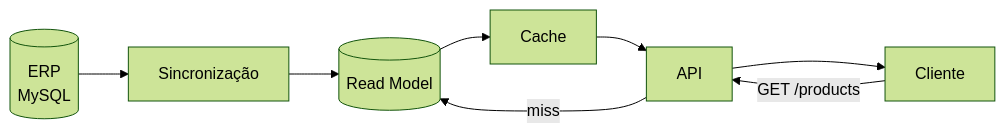
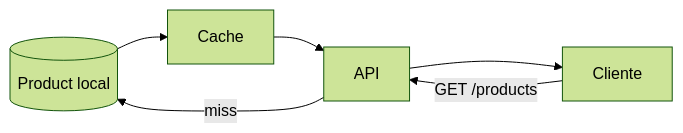
Before and after one commit to iagoluancj/casecellshop-backend-challenge: the second of 3 diagrams in docs/ARCHITECTURE.md, drawn with Mermaid (forest theme). The commit also changed other lines of this file and 8 other files, not shown here.

Commit message:
fix: corrige idempotência concorrente no checkout e endurece o worker. Grava Order e Outbox antes de decrementar estoque para a mesma Idempotency-Key não retornar 409 com estoque justo; COMPLETED não sobrescreve FAILED e a doc deixa de afirmar sync com o ERP.

````diff
--- a/docs/ARCHITECTURE.md
+++ b/docs/ARCHITECTURE.md
@@ -77,14 +72,12 @@
 ```mermaid
 flowchart LR
-  ERP[(ERP<br/>MySQL)]
-  Sync[Sincronização]
-  RM[(Read Model)]
+  RM[(Product local)]
   Cache[Cache]
   API[API]
   Client[Cliente]
 
-  ERP --> Sync --> RM --> Cache --> API --> Client
+  RM --> Cache --> API --> Client
 
   Client -->|GET /products| API
   API -->|miss| RM
 ```
````
